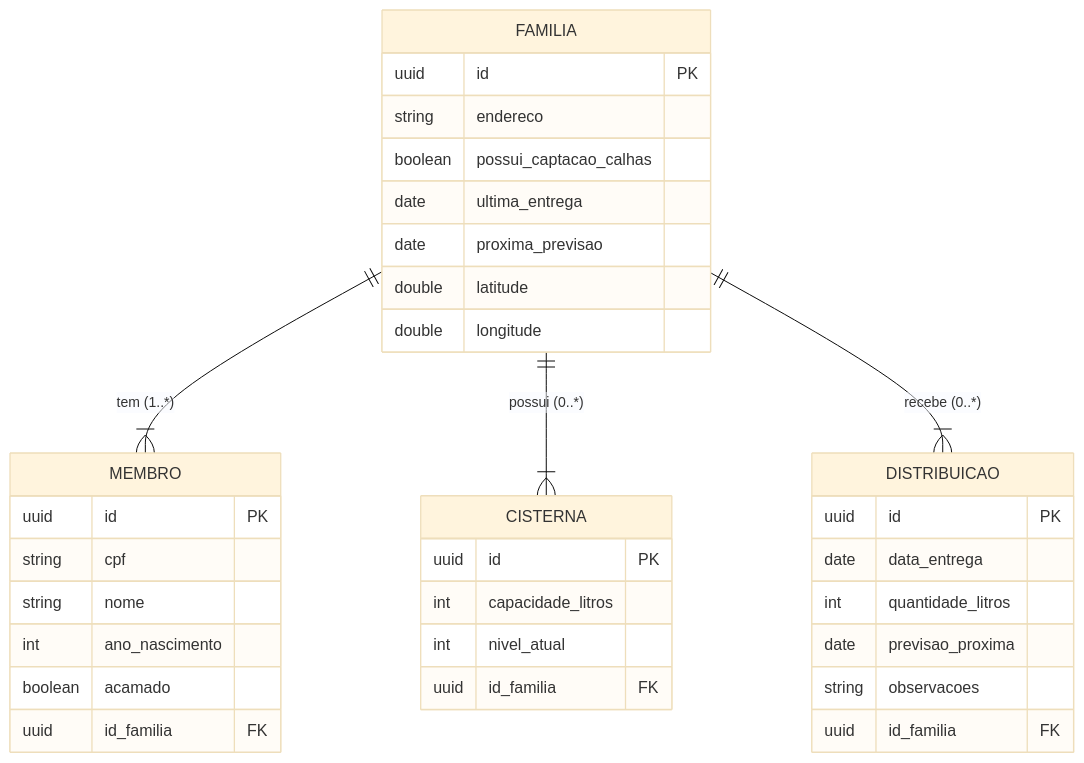
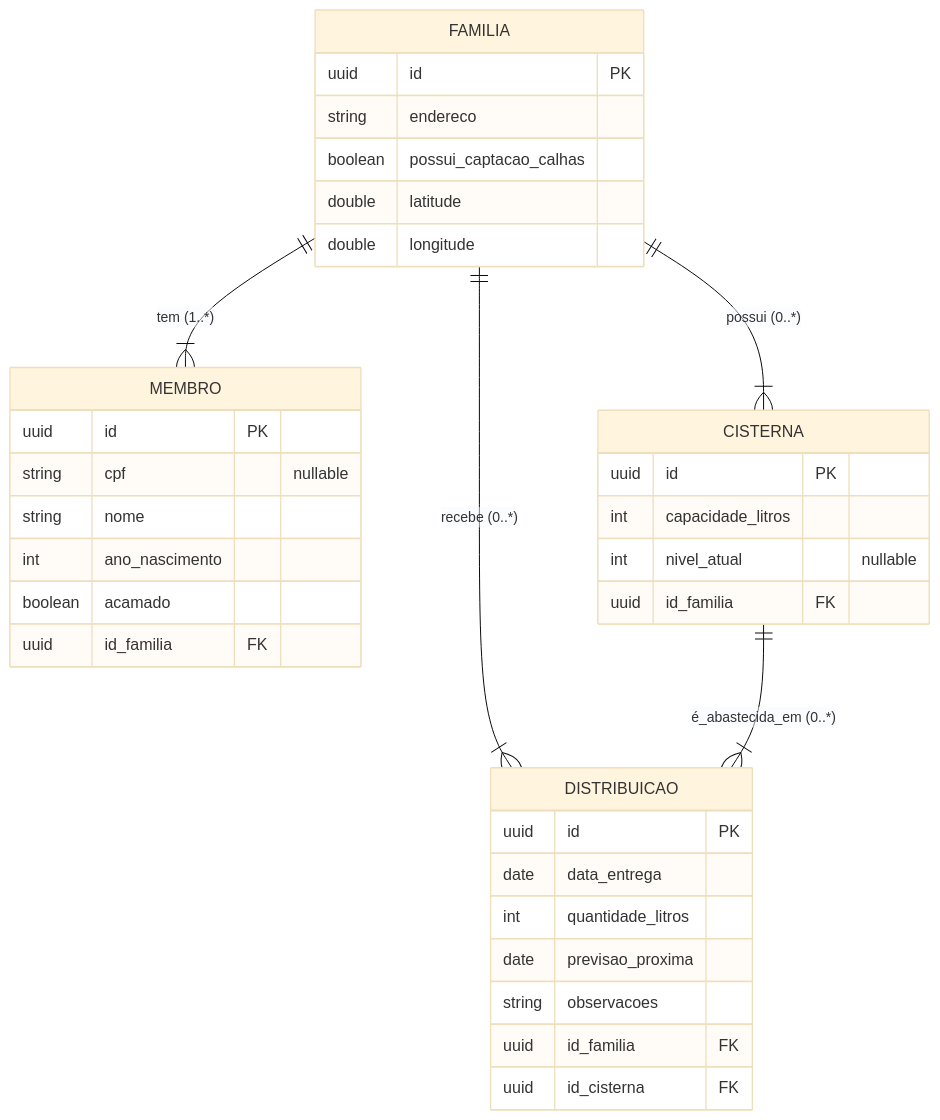
Before and after one commit to ricardoo-azevedo/Projeto-Back-End-Mais-Agua-Para-Nosso-Povo: the diagram in README.md, drawn with Mermaid (base theme).

Commit message:
fix: mudança necessaria na modelagem

````diff
--- a/README.md
+++ b/README.md
@@ -34,41 +34,41 @@
 ```mermaid
 erDiagram
     FAMILIA {
         uuid id PK
         string endereco
         boolean possui_captacao_calhas
-        date ultima_entrega
-        date proxima_previsao
         double latitude
         double longitude
     }
 
     MEMBRO {
         uuid id PK
-        string cpf
+        string cpf "nullable"
         string nome
         int ano_nascimento
         boolean acamado
         uuid id_familia FK
     }
 
     CISTERNA {
         uuid id PK
         int capacidade_litros
-        int nivel_atual
+        int nivel_atual "nullable"
         uuid id_familia FK
     }
 
     DISTRIBUICAO {
         uuid id PK
         date data_entrega
         int quantidade_litros
         date previsao_proxima
         string observacoes
         uuid id_familia FK
+        uuid id_cisterna FK
     }
 
     FAMILIA ||--|{ MEMBRO : "tem (1..*)"
     FAMILIA ||--|{ CISTERNA : "possui (0..*)"
     FAMILIA ||--|{ DISTRIBUICAO : "recebe (0..*)"
+    CISTERNA ||--|{ DISTRIBUICAO : "é_abastecida_em (0..*)"
 ```
````
